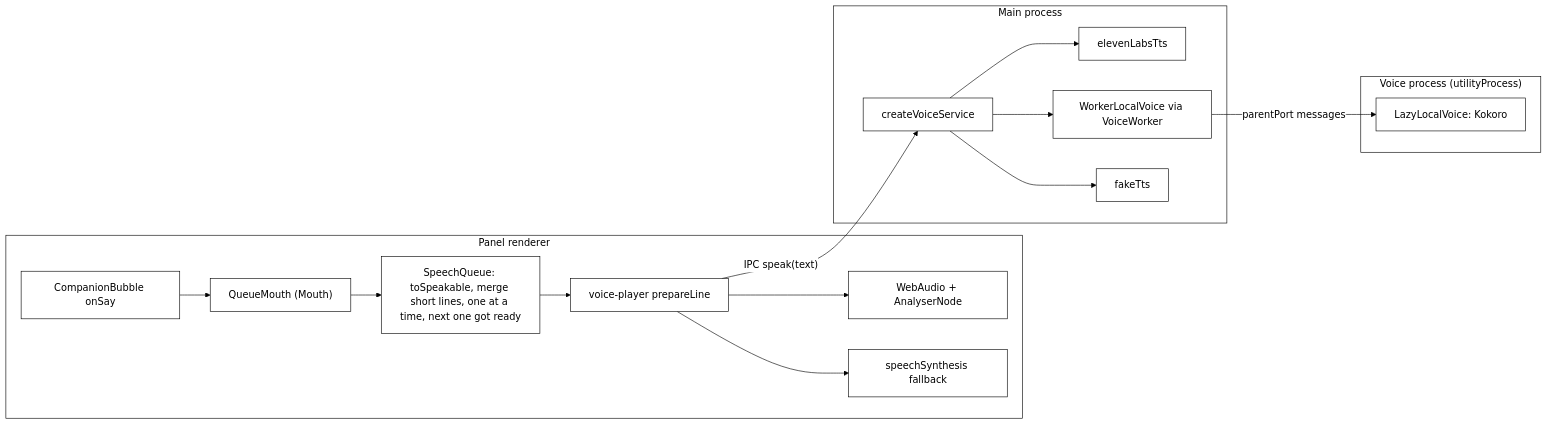
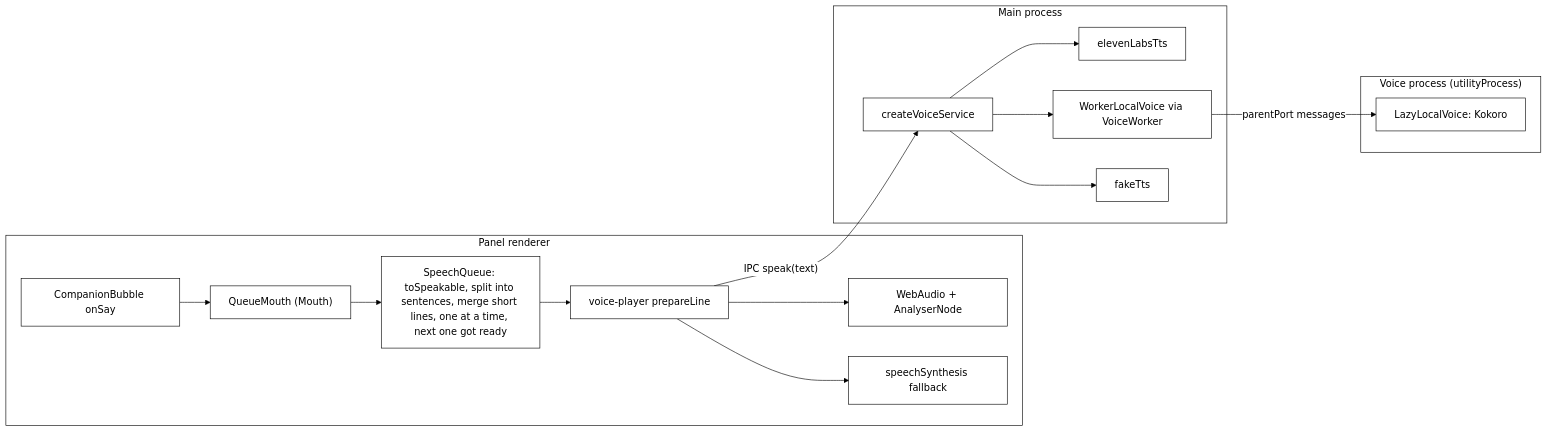
Diagram 15 of 19 in docs/architecture.md (nadeem4/tagalong), drawn with Mermaid before and after one commit. The commit also changed other lines of this file and 5 other files, not shown here.

Commit message:
fix(voice): say a long answer a sentence at a time so speech starts at once; narration comments say it is shown, not spoken

````diff
--- a/docs/architecture.md
+++ b/docs/architecture.md
@@ -2461,21 +2461,21 @@
 ```mermaid
 %%{init: {"theme": "base", "themeVariables": {"primaryColor": "#ffffff", "primaryTextColor": "#000000", "primaryBorderColor": "#000000", "lineColor": "#000000", "secondaryColor": "#ffffff", "tertiaryColor": "#ffffff", "background": "#ffffff", "clusterBkg": "#ffffff", "clusterBorder": "#000000"}}}%%
 flowchart LR
   subgraph Panel["Panel renderer"]
     CB["CompanionBubble onSay"] --> QM["QueueMouth (Mouth)"]
-    QM --> Q["SpeechQueue: toSpeakable, merge short lines, one at a time, next one got ready"]
+    QM --> Q["SpeechQueue: toSpeakable, split into sentences, merge short lines, one at a time, next one got ready"]
     Q --> PL["voice-player prepareLine"]
     PL --> WA["WebAudio + AnalyserNode"]
     PL --> SS["speechSynthesis fallback"]
   end
   subgraph Main["Main process"]
     VS["createVoiceService"] --> EL["elevenLabsTts"]
     VS --> WL["WorkerLocalVoice via VoiceWorker"]
     VS --> FK["fakeTts"]
   end
   subgraph VP["Voice process (utilityProcess)"]
     KO["LazyLocalVoice: Kokoro"]
   end
   WL -- "parentPort messages" --> KO
   PL -- "IPC speak(text)" --> VS
 ```
````
